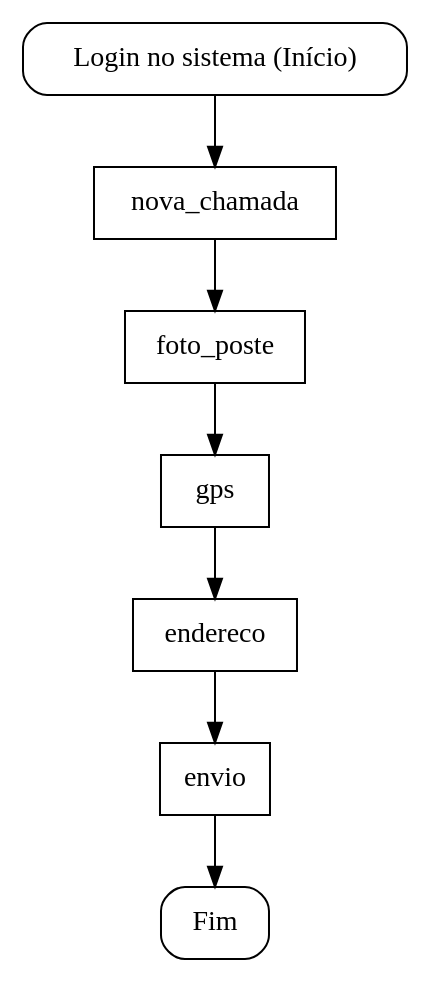
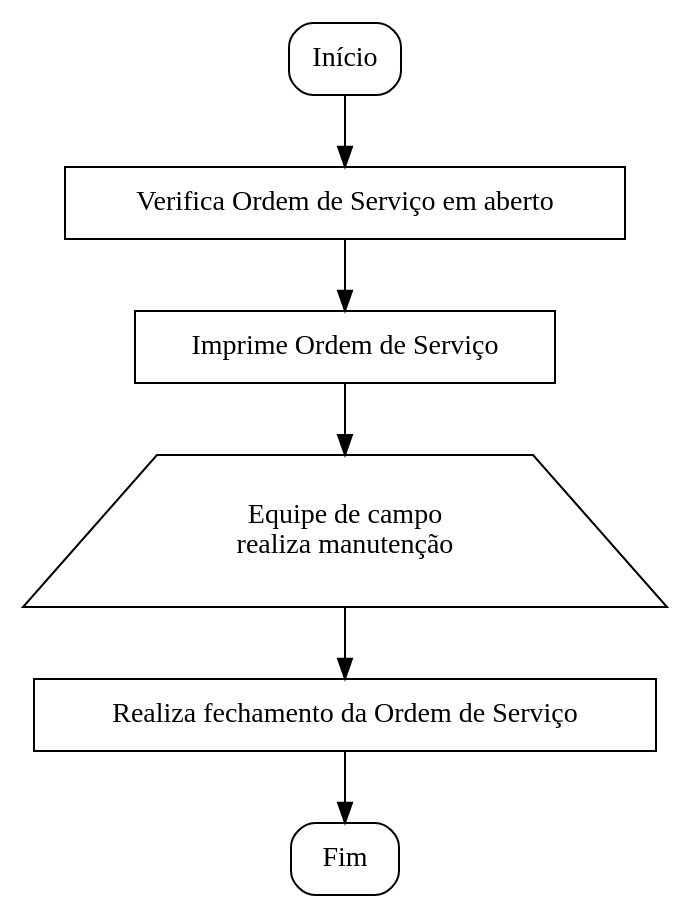
The diagram in tex/fluxo_site_urbam.dot (CidadeIluminada/TCCCidadeIluminadaDoc), drawn with Graphviz before and after one commit. The commit also changed 3 other files, not shown here.

```diff
--- a/tex/fluxo_site_urbam.dot
+++ b/tex/fluxo_site_urbam.dot
@@ -1,15 +1,21 @@
 // apt-get install graphviz
 //$ cat mer.dot | dot -Tsvg > mer.svg
 //$ cat mer.dot | dot -Tjpg > mer.jpg
 digraph {
     node[shape="box", style="rounded"]
        start; end;
     node[shape="rectangle", style=""]
-        nova_chamada; foto_poste; gps; endereco; envio;
+        verificar_os; imprimir_pdf; realizar_fechamento;
+    node[shape="trapezium"]
+         realizar_servico;
 
-    start[label="Login no sistema (Início)"]
-    end[label="Fim"]
+    start[label="Início"];
+    verificar_os[label="Verifica Ordem de Serviço em aberto"];
+    imprimir_pdf[label="Imprime Ordem de Serviço"];
+    realizar_servico[label="Equipe de campo \n realiza manutenção"];
+    realizar_fechamento[label="Realiza fechamento da Ordem de Serviço"];
+    end[label="Fim"];
 
-    start -> nova_chamada -> foto_poste -> gps -> endereco -> envio -> end;
+    start -> verificar_os -> imprimir_pdf -> realizar_servico -> realizar_fechamento -> end;
 
 }
```
